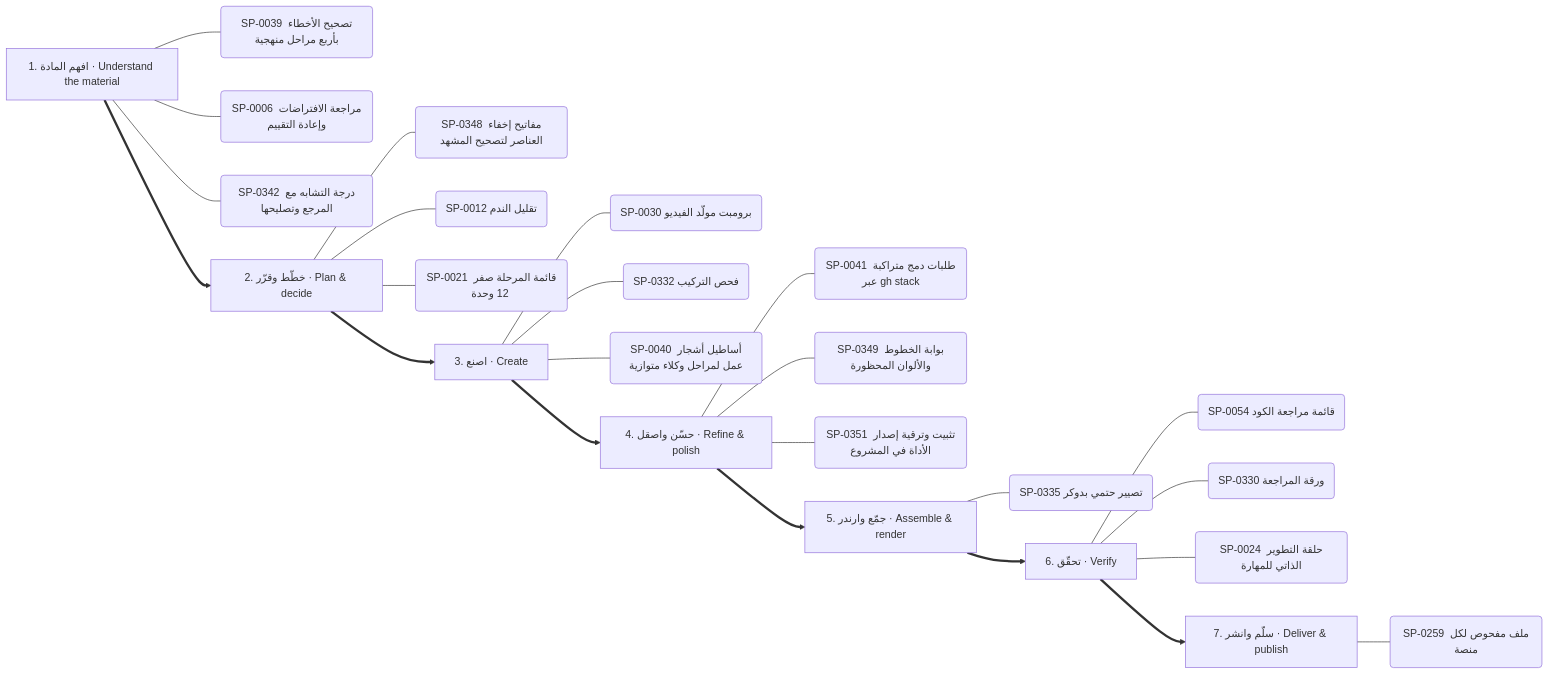
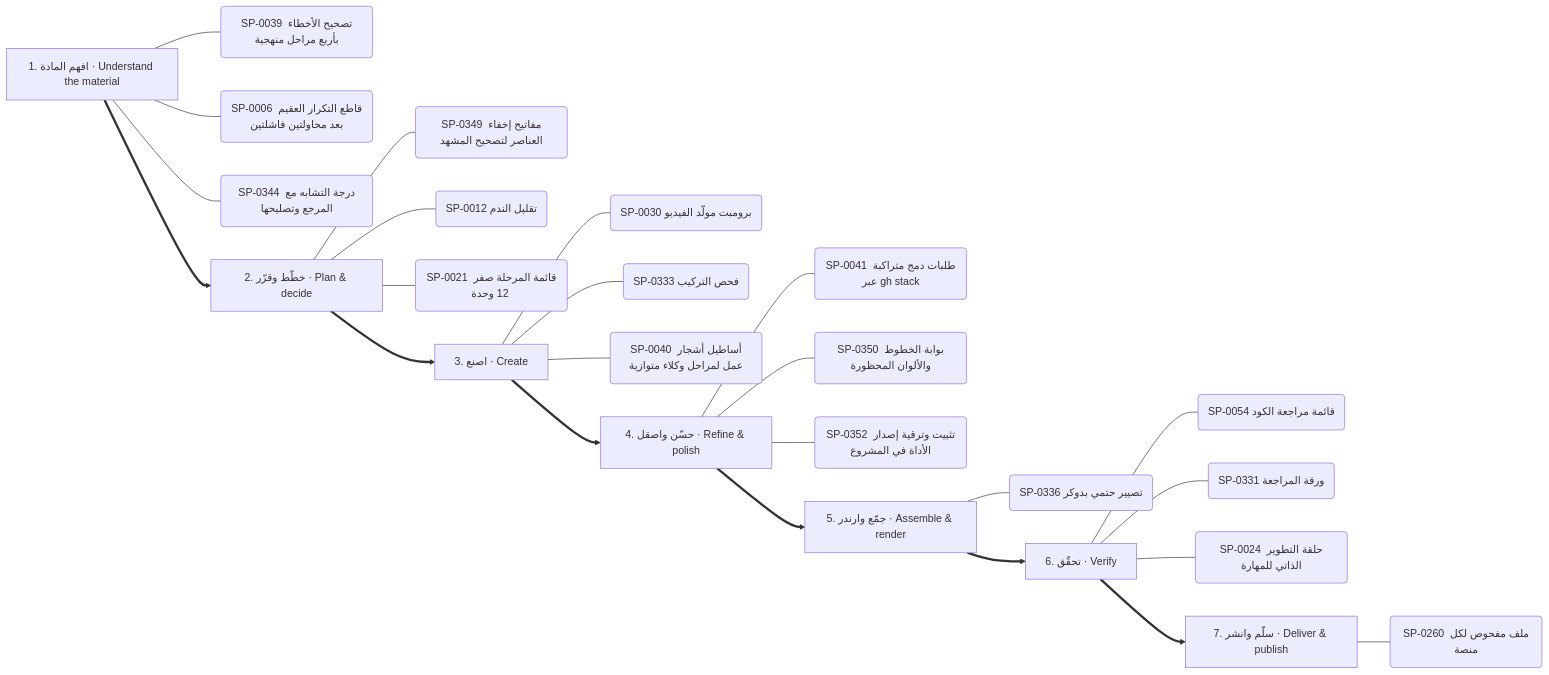
The tenth of 13 diagrams in .claude/skills/kosif-superpowers/references/capability-mindmap.md (kosif199022-jpg/kosif-tool), drawn with Mermaid before and after one commit. The commit also changed other lines of this file and 36 other files, not shown here.

````diff
--- a/.claude/skills/kosif-superpowers/references/capability-mindmap.md
+++ b/.claude/skills/kosif-superpowers/references/capability-mindmap.md
@@ -496,33 +498,33 @@
 ```mermaid
 flowchart LR
   S0["1. افهم المادة · Understand the material"]
   S0 --- S0_0("SP-0039 تصحيح الأخطاء بأربع مراحل منهجية")
-  S0 --- S0_1("SP-0006 مراجعة الافتراضات وإعادة التقييم")
-  S0 --- S0_2("SP-0342 درجة التشابه مع المرجع وتصليحها")
+  S0 --- S0_1("SP-0006 قاطع التكرار العقيم بعد محاولتين فاشلتين")
+  S0 --- S0_2("SP-0344 درجة التشابه مع المرجع وتصليحها")
   S1["2. خطّط وقرّر · Plan & decide"]
-  S1 --- S1_0("SP-0348 مفاتيح إخفاء العناصر لتصحيح المشهد")
+  S1 --- S1_0("SP-0349 مفاتيح إخفاء العناصر لتصحيح المشهد")
   S1 --- S1_1("SP-0012 تقليل الندم")
   S1 --- S1_2("SP-0021 قائمة المرحلة صفر  12 وحدة ")
   S0 ==> S1
   S2["3. اصنع · Create"]
   S2 --- S2_0("SP-0030 برومبت مولّد الفيديو")
-  S2 --- S2_1("SP-0332 فحص التركيب")
+  S2 --- S2_1("SP-0333 فحص التركيب")
   S2 --- S2_2("SP-0040 أساطيل أشجار عمل لمراحل وكلاء متوازية")
   S1 ==> S2
   S3["4. حسّن واصقل · Refine & polish"]
   S3 --- S3_0("SP-0041 طلبات دمج متراكبة عبر gh stack")
-  S3 --- S3_1("SP-0349 بوابة الخطوط والألوان المحظورة")
-  S3 --- S3_2("SP-0351 تثبيت وترقية إصدار الأداة في المشروع")
+  S3 --- S3_1("SP-0350 بوابة الخطوط والألوان المحظورة")
+  S3 --- S3_2("SP-0352 تثبيت وترقية إصدار الأداة في المشروع")
   S2 ==> S3
   S4["5. جمّع وارندر · Assemble & render"]
-  S4 --- S4_0("SP-0335 تصيير حتمي بدوكر")
+  S4 --- S4_0("SP-0336 تصيير حتمي بدوكر")
   S3 ==> S4
   S5["6. تحقّق · Verify"]
   S5 --- S5_0("SP-0054 قائمة مراجعة الكود")
-  S5 --- S5_1("SP-0330 ورقة المراجعة")
+  S5 --- S5_1("SP-0331 ورقة المراجعة")
   S5 --- S5_2("SP-0024 حلقة التطوير الذاتي للمهارة")
   S4 ==> S5
   S6["7. سلّم وانشر · Deliver & publish"]
-  S6 --- S6_0("SP-0259 ملف مفحوص لكل منصة")
+  S6 --- S6_0("SP-0260 ملف مفحوص لكل منصة")
   S5 ==> S6
 ```
````
